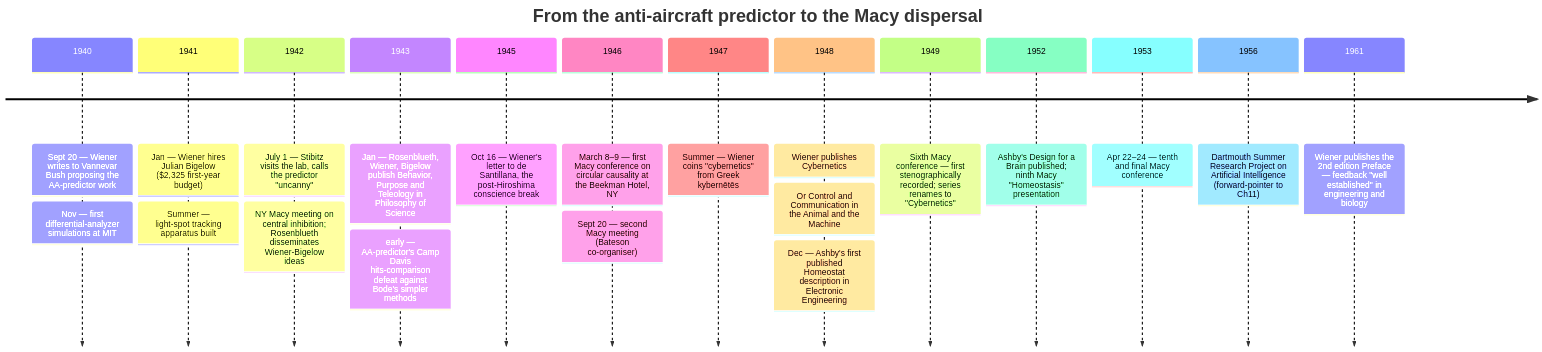
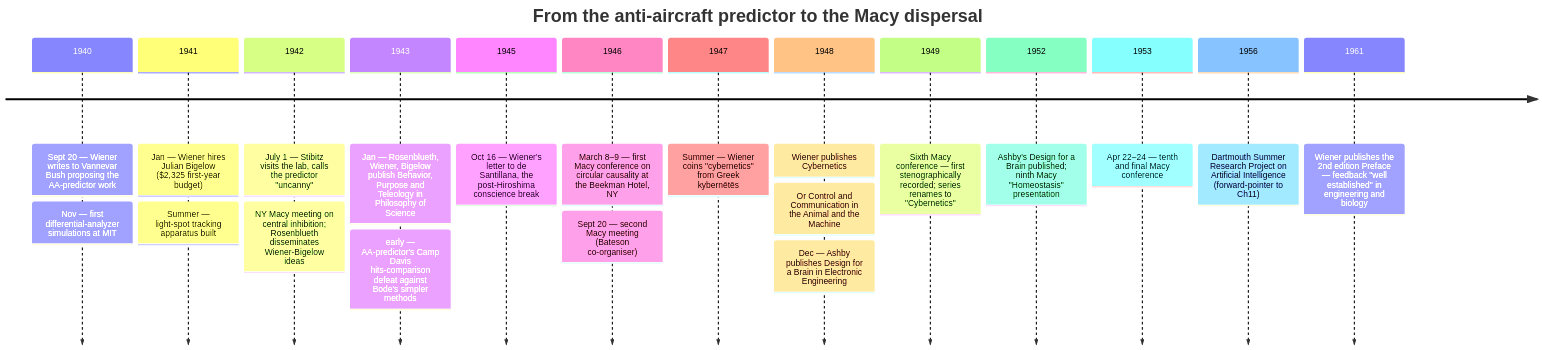
The diagram in src/content/docs/ai-history/ch-06-the-cybernetics-movement.md (kube-dojo/kube-dojo), drawn with Mermaid before and after one commit. The commit also changed other lines of this file, not shown here.

Commit message:
docs(ai-history): bound Ashby publication chronology (#2405) (#2434)

````diff
--- a/src/content/docs/ai-history/ch-06-the-cybernetics-movement.md
+++ b/src/content/docs/ai-history/ch-06-the-cybernetics-movement.md
@@ -29,23 +29,23 @@
 ```mermaid
 timeline
     title From the anti-aircraft predictor to the Macy dispersal
     1940 : Sept 20 — Wiener writes to Vannevar Bush proposing the AA-predictor work
          : Nov — first differential-analyzer simulations at MIT
     1941 : Jan — Wiener hires Julian Bigelow ($2,325 first-year budget)
          : Summer — light-spot tracking apparatus built
     1942 : July 1 — Stibitz visits the lab, calls the predictor "uncanny"
          : NY Macy meeting on central inhibition; Rosenblueth disseminates Wiener-Bigelow ideas
     1943 : Jan — Rosenblueth, Wiener, Bigelow publish Behavior, Purpose and Teleology in Philosophy of Science
          : early — AA-predictor's Camp Davis hits-comparison defeat against Bode's simpler methods
     1945 : Oct 16 — Wiener's letter to de Santillana, the post-Hiroshima conscience break
     1946 : March 8–9 — first Macy conference on circular causality at the Beekman Hotel, NY
          : Sept 20 — second Macy meeting (Bateson co-organiser)
     1947 : Summer — Wiener coins "cybernetics" from Greek kybernētēs
     1948 : Wiener publishes Cybernetics: Or Control and Communication in the Animal and the Machine
-         : Dec — Ashby's first published Homeostat description in Electronic Engineering
+         : Dec — Ashby publishes Design for a Brain in Electronic Engineering
     1949 : Sixth Macy conference — first stenographically recorded; series renames to "Cybernetics"
     1952 : Ashby's Design for a Brain published; ninth Macy "Homeostasis" presentation
     1953 : Apr 22–24 — tenth and final Macy conference
     1956 : Dartmouth Summer Research Project on Artificial Intelligence (forward-pointer to Ch11)
     1961 : Wiener publishes the 2nd edition Preface — feedback "well established" in engineering and biology
 ```
````
